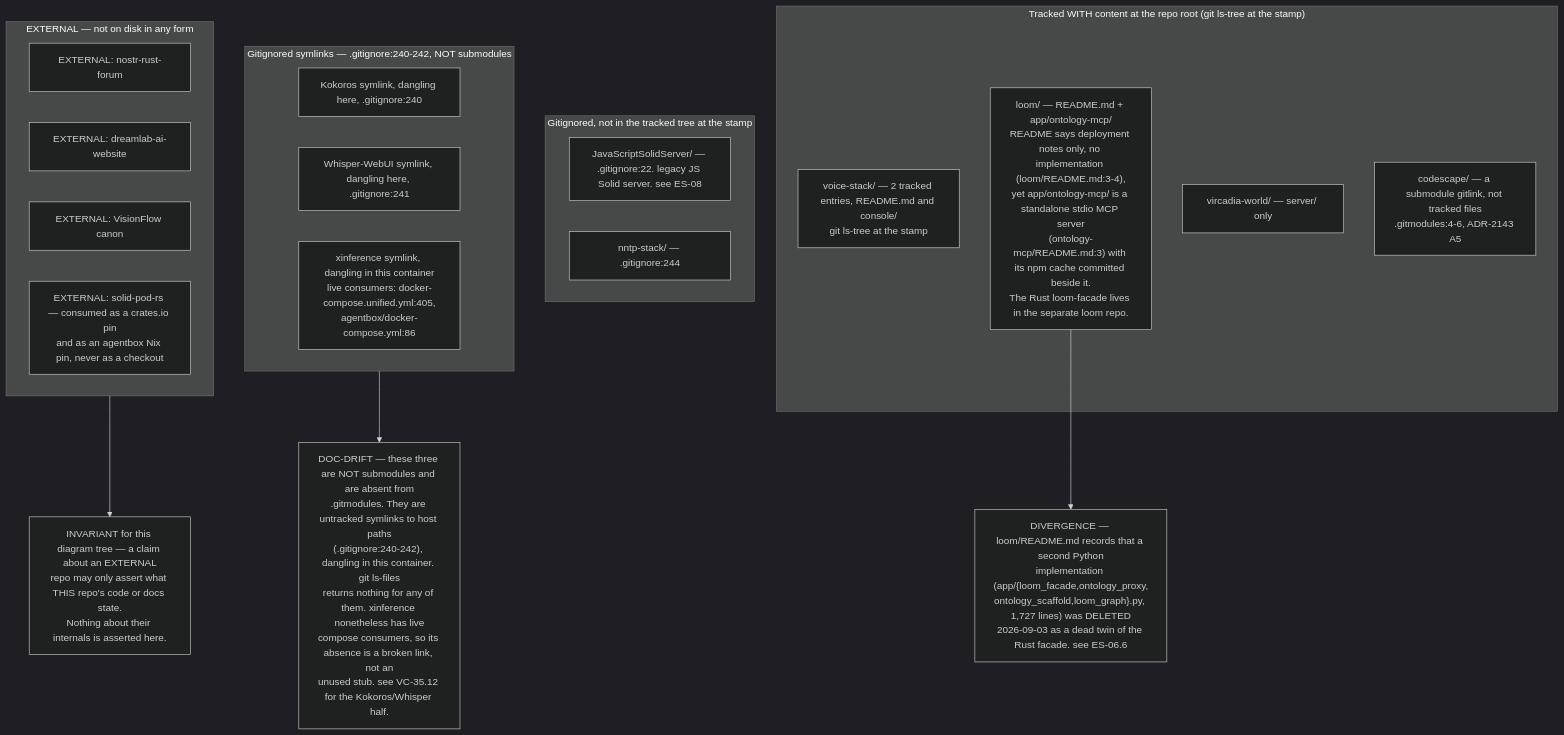
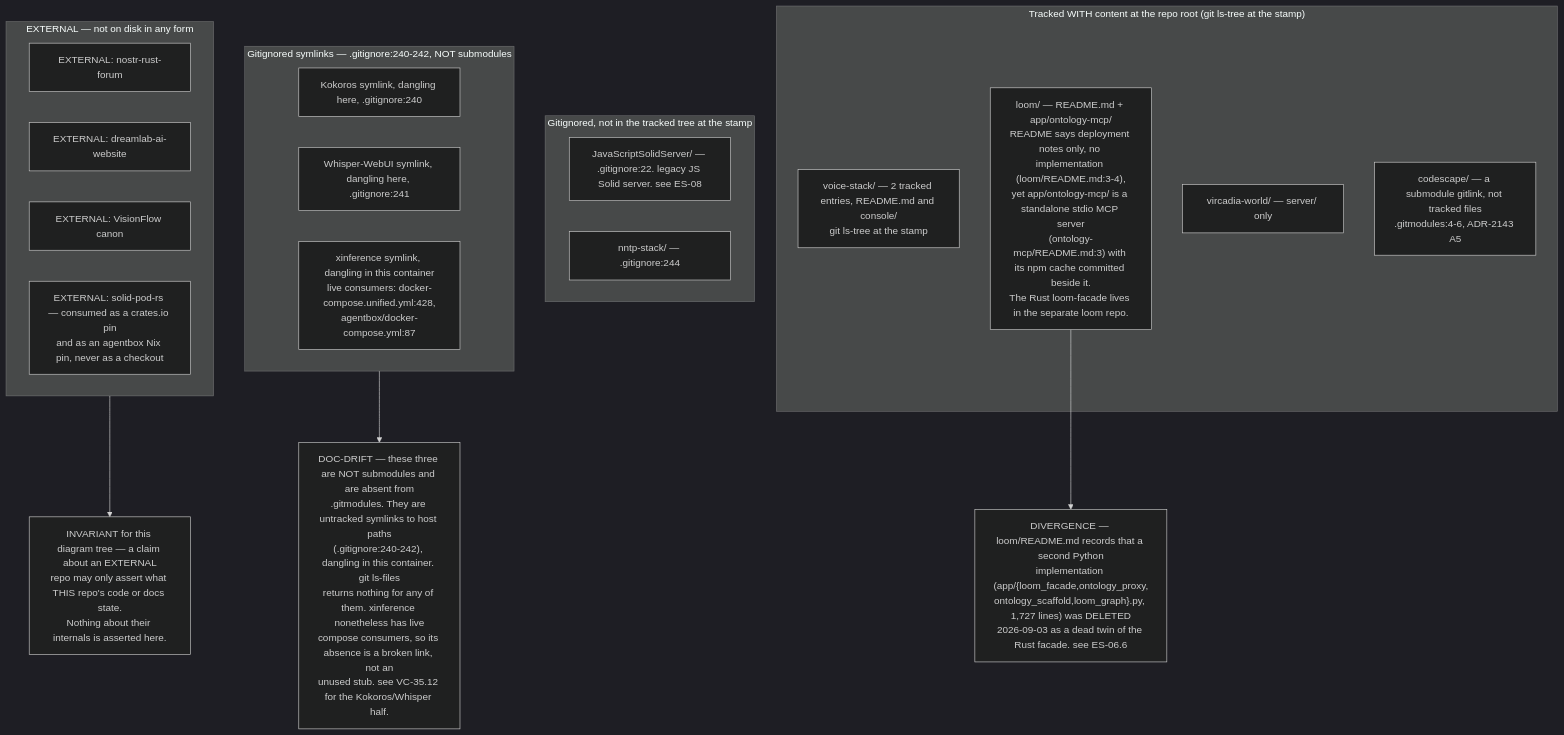
Before and after one commit to DreamLab-AI/VisionFlow: the sixth of 8 diagrams in docs/diagrams/estate/01-estate-topology.md, drawn with Mermaid (dark theme). The commit also changed other lines of this file and 6 other files, not shown here.

````diff
--- a/docs/diagrams/estate/01-estate-topology.md
+++ b/docs/diagrams/estate/01-estate-topology.md
@@ -276,32 +276,32 @@
 ```mermaid
 flowchart TB
     subgraph real["Tracked WITH content at the repo root (git ls-tree at the stamp)"]
         R3["voice-stack/ — 2 tracked entries, README.md and console/<br/>git ls-tree at the stamp"]
         R4["loom/ — README.md + app/ontology-mcp/<br/>README says deployment notes only, no implementation (loom/README.md:3-4),<br/>yet app/ontology-mcp/ is a standalone stdio MCP server<br/>(ontology-mcp/README.md:3) with its npm cache committed beside it.<br/>The Rust loom-facade lives in the separate loom repo."]
         R5["vircadia-world/ — server/ only"]
         R6["codescape/ — a submodule gitlink, not tracked files<br/>.gitmodules:4-6, ADR-2143 A5"]
     end
     subgraph gone["Gitignored, not in the tracked tree at the stamp"]
         G1["JavaScriptSolidServer/ — .gitignore:22. legacy JS Solid server. see ES-08"]
         G2["nntp-stack/ — .gitignore:244"]
     end
     subgraph stub["Gitignored symlinks — .gitignore:240-242, NOT submodules"]
         S1["Kokoros symlink, dangling here, .gitignore:240"]
         S2["Whisper-WebUI symlink, dangling here, .gitignore:241"]
-        S3["xinference symlink, dangling in this container<br/>live consumers: docker-compose.unified.yml:405,<br/>agentbox/docker-compose.yml:86"]
+        S3["xinference symlink, dangling in this container<br/>live consumers: docker-compose.unified.yml:428,<br/>agentbox/docker-compose.yml:87"]
     end
     subgraph ext["EXTERNAL — not on disk in any form"]
         E1["EXTERNAL: nostr-rust-forum"]
         E2["EXTERNAL: dreamlab-ai-website"]
         E3["EXTERNAL: VisionFlow canon"]
         E4["EXTERNAL: solid-pod-rs — consumed as a crates.io pin<br/>and as an agentbox Nix pin, never as a checkout"]
     end
 
     WARN["INVARIANT for this diagram tree — a claim about an EXTERNAL<br/>repo may only assert what THIS repo's code or docs state.<br/>Nothing about their internals is asserted here."]
     D1["DOC-DRIFT — these three are NOT submodules and are absent from<br/>.gitmodules. They are untracked symlinks to host paths<br/>(.gitignore:240-242), dangling in this container. git ls-files<br/>returns nothing for any of them. xinference nonetheless has live<br/>compose consumers, so its absence is a broken link, not an<br/>unused stub. see VC-35.12 for the Kokoros/Whisper half."]
     D2["DIVERGENCE — loom/README.md records that a second Python<br/>implementation (app/{loom_facade,ontology_proxy,<br/>ontology_scaffold,loom_graph}.py, 1,727 lines) was DELETED<br/>2026-09-03 as a dead twin of the Rust facade. see ES-06.6"]
 
     stub --> D1
     R4 --> D2
     ext --> WARN
 ```
````
